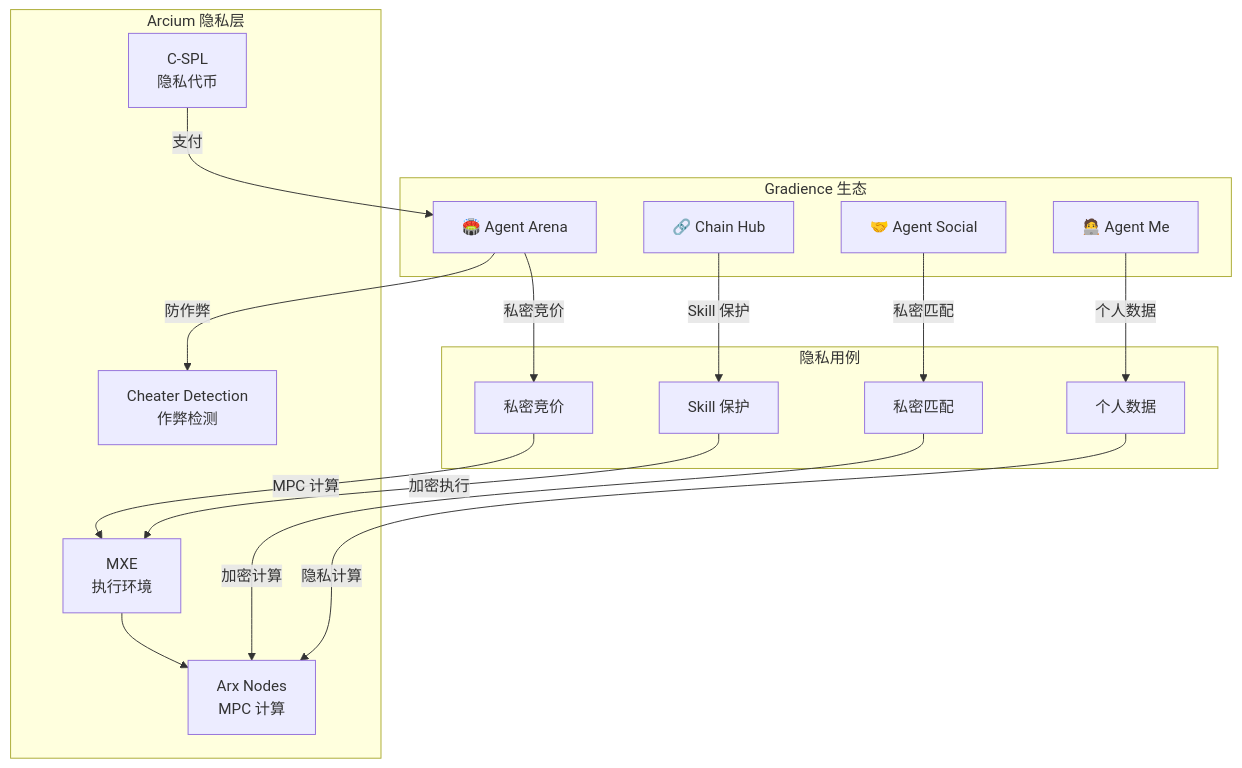
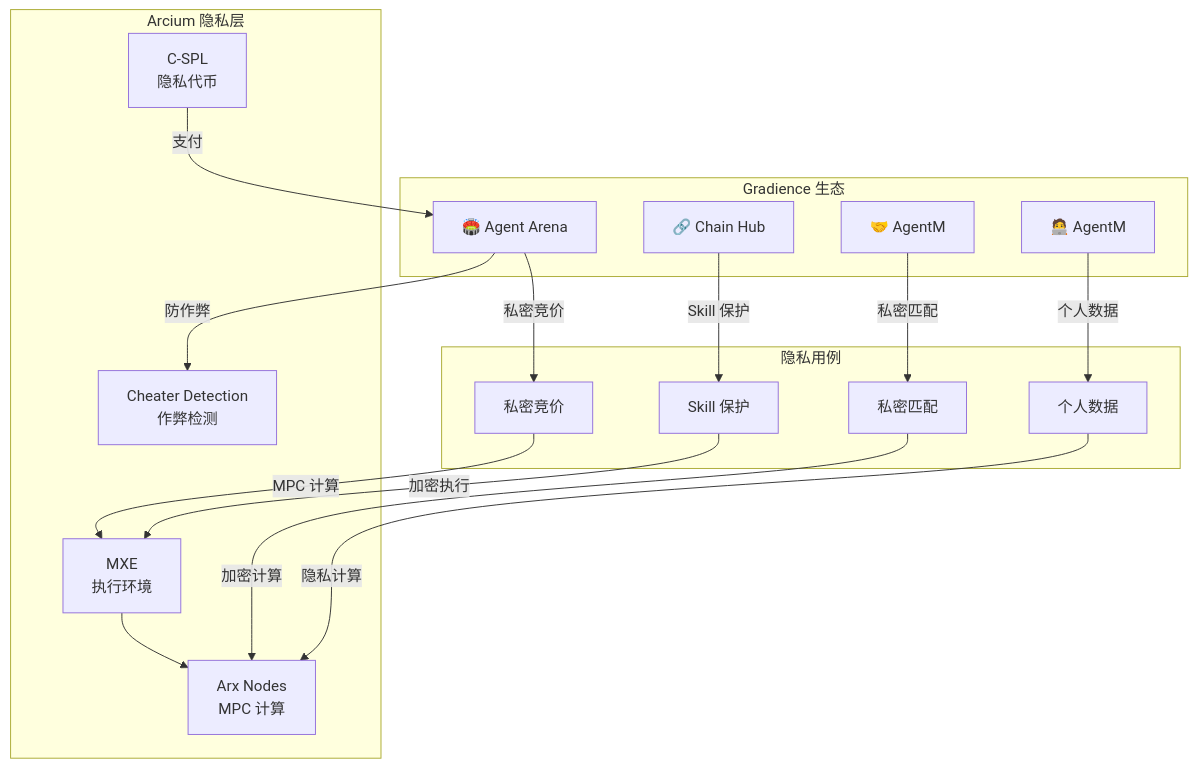
One commit to DaviRain-Su/gradience changed the second of 2 diagrams in research/arcium-analysis.md. Above: the diagram before and after it, drawn with Mermaid. The commit also changed other lines of this file and 79 other files, not shown here.

````diff
--- a/research/arcium-analysis.md
+++ b/research/arcium-analysis.md
@@ -257,33 +257,33 @@
 ```mermaid
 flowchart TB
     subgraph Gradience["Gradience 生态"]
         Arena["🏟️ Agent Arena"]
         Hub["🔗 Chain Hub"]
-        Social["🤝 Agent Social"]
-        Me["🧑‍💻 Agent Me"]
+        Social["🤝 AgentM"]
+        Me["🧑‍💻 AgentM"]
     end
     
     subgraph Arcium["Arcium 隐私层"]
         MXE["MXE\n执行环境"]
         Arx["Arx Nodes\nMPC 计算"]
         CSPL["C-SPL\n隐私代币"]
         CD["Cheater Detection\n作弊检测"]
     end
     
     subgraph UseCases["隐私用例"]
         Bid["私密竞价"]
         Skill["Skill 保护"]
         Match["私密匹配"]
         Data["个人数据"]
     end
     
     Arena -->|私密竞价| Bid -->|MPC 计算| MXE
     Hub -->|Skill 保护| Skill -->|加密执行| MXE
     Social -->|私密匹配| Match -->|加密计算| Arx
     Me -->|个人数据| Data -->|隐私计算| Arx
     
     Arena -->|防作弊| CD
     
     MXE --> Arx
     CSPL -->|支付| Arena
 ```
````
